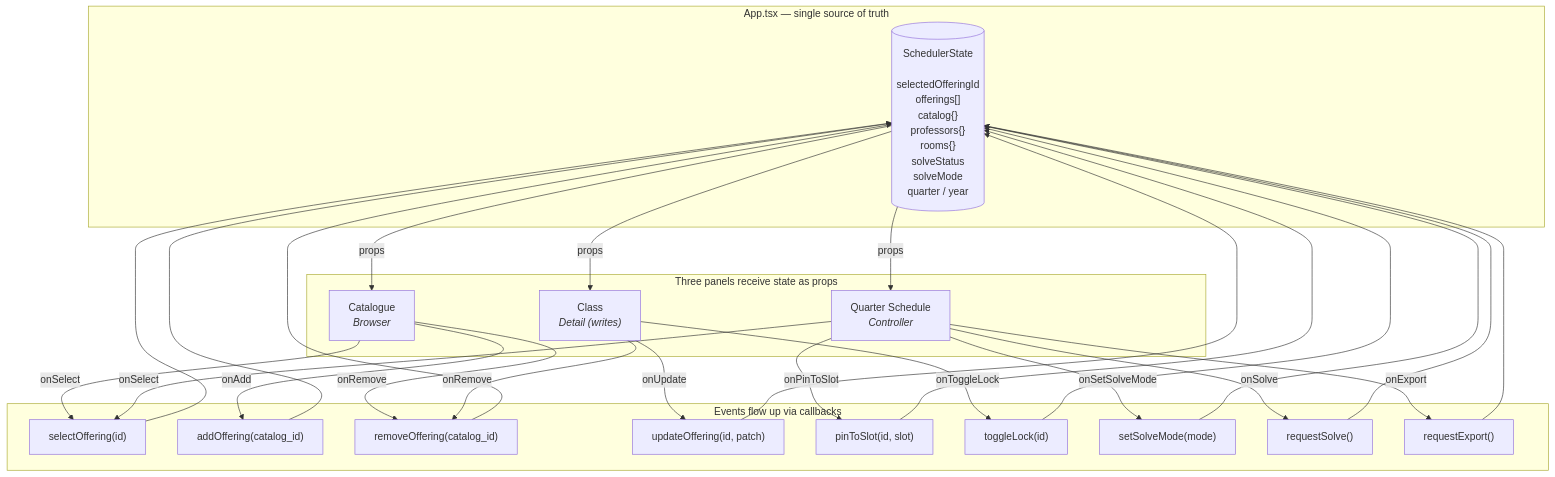
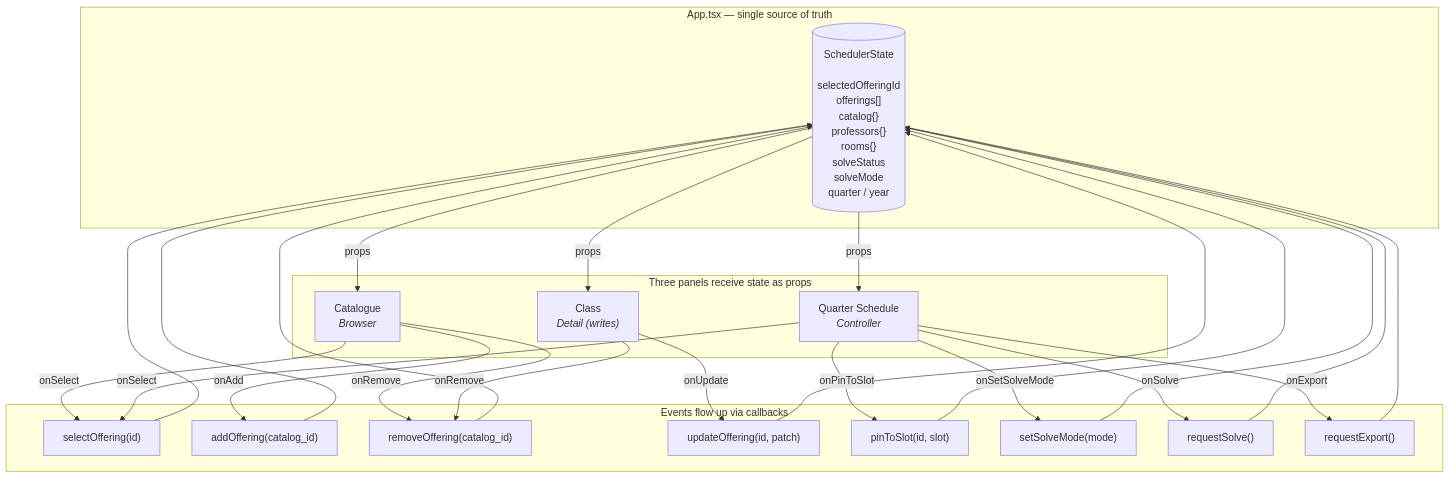
One commit to profangrybeard/GAME_Scheduler changed the diagram in docs/state-flow.md. Above: the diagram before and after it, drawn with Mermaid. The commit also changed other lines of this file and 5 other files, not shown here.

First line of the commit message:
chore: cleanup + tech debt (docs, CI, state flow)

````diff
--- a/docs/state-flow.md
+++ b/docs/state-flow.md
@@ -20,52 +20,49 @@
 ```mermaid
 flowchart TB
     subgraph App["App.tsx — single source of truth"]
         ST[("SchedulerState<br/><br/>selectedOfferingId<br/>offerings[]<br/>catalog{}<br/>professors{}<br/>rooms{}<br/>solveStatus<br/>solveMode<br/>quarter / year")]
     end
 
     subgraph Panels["Three panels receive state as props"]
         BR["Catalogue<br/><i>Browser</i>"]
         KS["Class<br/><i>Detail (writes)</i>"]
         BO["Quarter Schedule<br/><i>Controller</i>"]
     end
 
     subgraph Actions["Events flow up via callbacks"]
         A1["selectOffering(id)"]
         A2["addOffering(catalog_id)"]
         A3["removeOffering(catalog_id)"]
         A4["updateOffering(id, patch)"]
         A5["pinToSlot(id, slot)"]
-        A6["toggleLock(id)"]
-        A7["setSolveMode(mode)"]
-        A8["requestSolve()"]
-        A9["requestExport()"]
+        A6["setSolveMode(mode)"]
+        A7["requestSolve()"]
+        A8["requestExport()"]
     end
 
     ST -- "props" --> BR
     ST -- "props" --> KS
     ST -- "props" --> BO
 
     BR -- "onSelect" --> A1
     BR -- "onAdd" --> A2
     BR -- "onRemove" --> A3
 
     KS -- "onUpdate" --> A4
-    KS -- "onToggleLock" --> A6
     KS -- "onRemove" --> A3
 
     BO -- "onSelect" --> A1
     BO -- "onPinToSlot" --> A5
-    BO -- "onSetSolveMode" --> A7
-    BO -- "onSolve" --> A8
-    BO -- "onExport" --> A9
+    BO -- "onSetSolveMode" --> A6
+    BO -- "onSolve" --> A7
+    BO -- "onExport" --> A8
 
     A1 --> ST
     A2 --> ST
     A3 --> ST
     A4 --> ST
     A5 --> ST
     A6 --> ST
     A7 --> ST
     A8 --> ST
-    A9 --> ST
 ```
````
